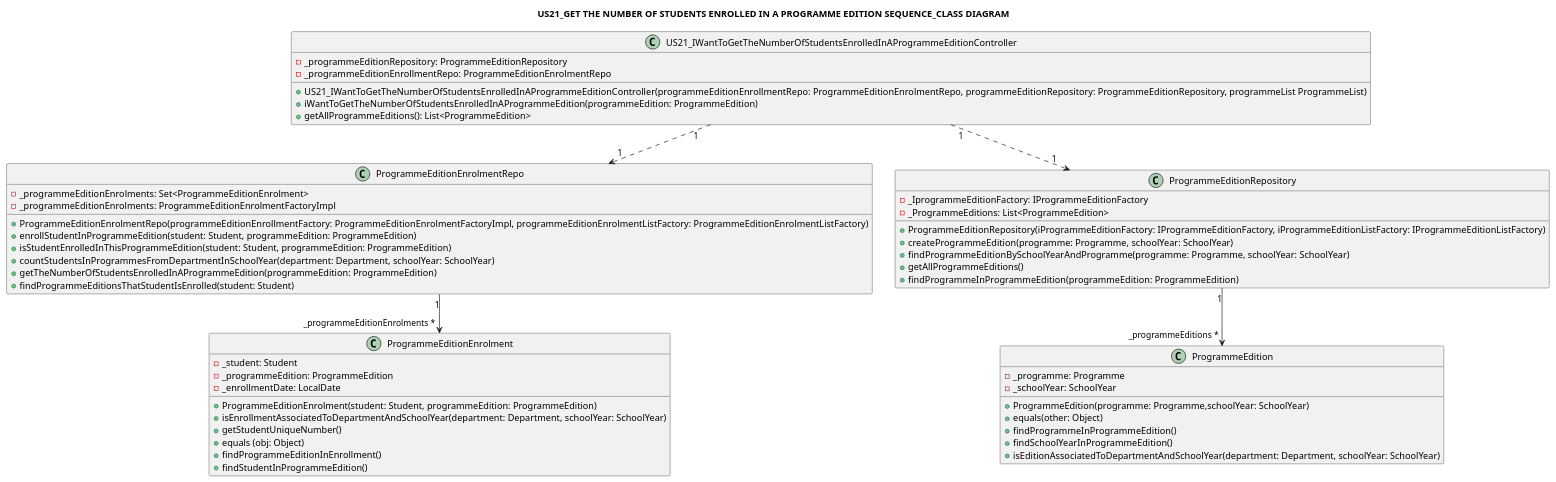
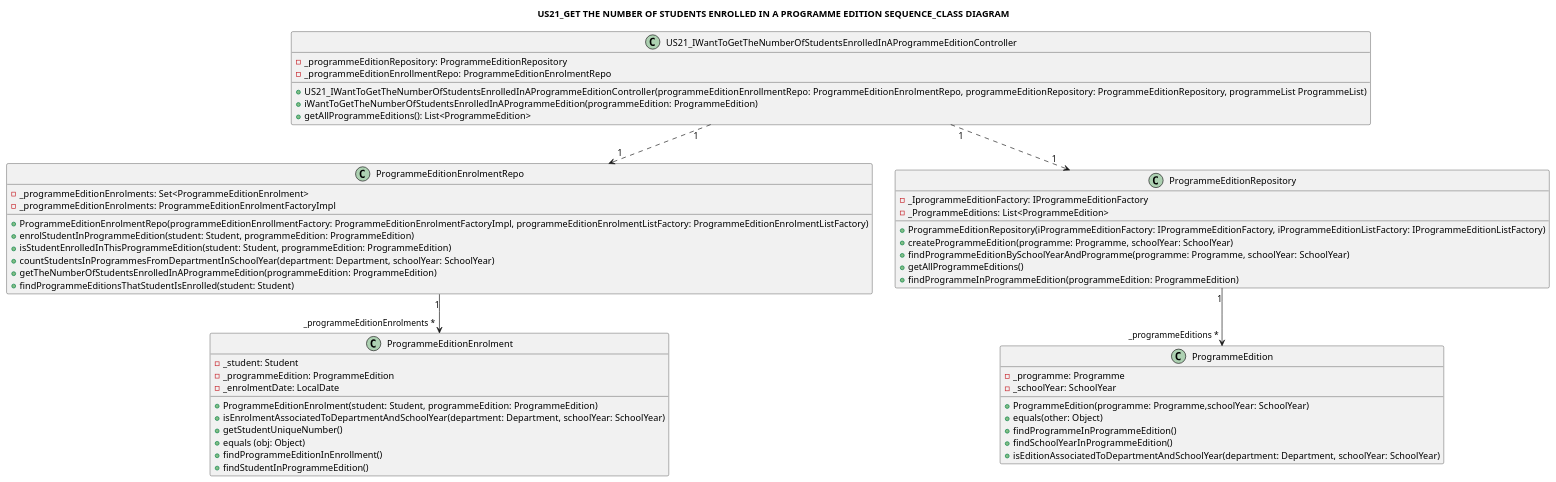
One commit to GasparISEP/DevOps-PAI changed the diagram in docs/US21/US21_IWantToGetTheNumberOfStudentsEnrolledInAProgrammeEdition_ClassDiagram.puml. Above: the diagram before and after it, drawn with PlantUML. The commit also changed 9 other files, not shown here.

Commit message:
New refactoring to Enrol and Enrolment

```diff
--- a/docs/US21/US21_IWantToGetTheNumberOfStudentsEnrolledInAProgrammeEdition_ClassDiagram.puml
+++ b/docs/US21/US21_IWantToGetTheNumberOfStudentsEnrolledInAProgrammeEdition_ClassDiagram.puml
@@ -1,62 +1,62 @@
 @startuml
 
 title: US21_GET THE NUMBER OF STUDENTS ENROLLED IN A PROGRAMME EDITION SEQUENCE_CLASS DIAGRAM
 
 class US21_IWantToGetTheNumberOfStudentsEnrolledInAProgrammeEditionController {
     -_programmeEditionRepository: ProgrammeEditionRepository
     -_programmeEditionEnrollmentRepo: ProgrammeEditionEnrolmentRepo
     +US21_IWantToGetTheNumberOfStudentsEnrolledInAProgrammeEditionController(programmeEditionEnrollmentRepo: ProgrammeEditionEnrolmentRepo, programmeEditionRepository: ProgrammeEditionRepository, programmeList ProgrammeList)
     +iWantToGetTheNumberOfStudentsEnrolledInAProgrammeEdition(programmeEdition: ProgrammeEdition)
     +getAllProgrammeEditions(): List<ProgrammeEdition>
 }
 
 class ProgrammeEditionEnrolmentRepo {
     -_programmeEditionEnrolments: Set<ProgrammeEditionEnrolment>
     -_programmeEditionEnrolments: ProgrammeEditionEnrolmentFactoryImpl
     +ProgrammeEditionEnrolmentRepo(programmeEditionEnrollmentFactory: ProgrammeEditionEnrolmentFactoryImpl, programmeEditionEnrolmentListFactory: ProgrammeEditionEnrolmentListFactory)
-    +enrollStudentInProgrammeEdition(student: Student, programmeEdition: ProgrammeEdition)
+    +enrolStudentInProgrammeEdition(student: Student, programmeEdition: ProgrammeEdition)
     +isStudentEnrolledInThisProgrammeEdition(student: Student, programmeEdition: ProgrammeEdition)
     +countStudentsInProgrammesFromDepartmentInSchoolYear(department: Department, schoolYear: SchoolYear)
     +getTheNumberOfStudentsEnrolledInAProgrammeEdition(programmeEdition: ProgrammeEdition)
     +findProgrammeEditionsThatStudentIsEnrolled(student: Student)
 }
 
 class ProgrammeEditionRepository {
     -_IprogrammeEditionFactory: IProgrammeEditionFactory
     -_ProgrammeEditions: List<ProgrammeEdition>
     +ProgrammeEditionRepository(iProgrammeEditionFactory: IProgrammeEditionFactory, iProgrammeEditionListFactory: IProgrammeEditionListFactory)
     +createProgrammeEdition(programme: Programme, schoolYear: SchoolYear)
     +findProgrammeEditionBySchoolYearAndProgramme(programme: Programme, schoolYear: SchoolYear)
     +getAllProgrammeEditions()
     +findProgrammeInProgrammeEdition(programmeEdition: ProgrammeEdition)
 }
 
 class ProgrammeEditionEnrolment {
     -_student: Student
     -_programmeEdition: ProgrammeEdition
-    -_enrollmentDate: LocalDate
+    -_enrolmentDate: LocalDate
     +ProgrammeEditionEnrolment(student: Student, programmeEdition: ProgrammeEdition)
-    +isEnrollmentAssociatedToDepartmentAndSchoolYear(department: Department, schoolYear: SchoolYear)
+    +isEnrolmentAssociatedToDepartmentAndSchoolYear(department: Department, schoolYear: SchoolYear)
     +getStudentUniqueNumber()
     +equals (obj: Object)
     +findProgrammeEditionInEnrollment()
     +findStudentInProgrammeEdition()
 }
 
 class ProgrammeEdition {
     -_programme: Programme
     -_schoolYear: SchoolYear
     +ProgrammeEdition(programme: Programme,schoolYear: SchoolYear)
     +equals(other: Object)
     +findProgrammeInProgrammeEdition()
     +findSchoolYearInProgrammeEdition()
     +isEditionAssociatedToDepartmentAndSchoolYear(department: Department, schoolYear: SchoolYear)
 }
 
 
 US21_IWantToGetTheNumberOfStudentsEnrolledInAProgrammeEditionController "1" ..> "1" ProgrammeEditionRepository
 US21_IWantToGetTheNumberOfStudentsEnrolledInAProgrammeEditionController "1" ..> "1" ProgrammeEditionEnrolmentRepo
 ProgrammeEditionEnrolmentRepo "1" --> "_programmeEditionEnrolments *" ProgrammeEditionEnrolment
 ProgrammeEditionRepository "1" --> "_programmeEditions *" ProgrammeEdition
 
 @enduml
```
